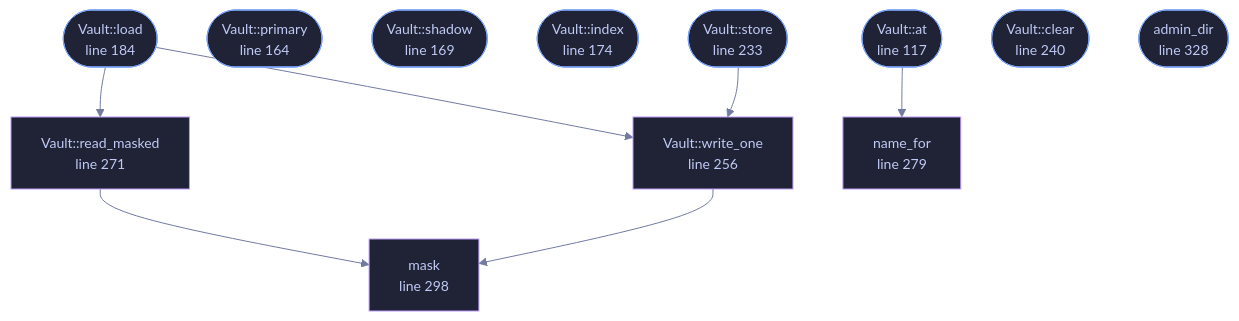
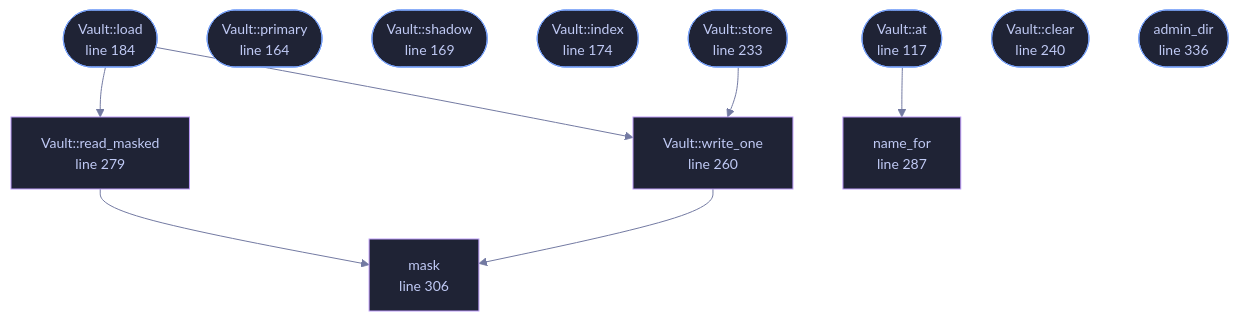
One commit to tilas01/veilvoice changed the diagram in docs/files/veilvoice-crypto/vault.md. Above: the diagram before and after it, drawn with Mermaid. The commit also changed other lines of this file and 528 other files, not shown here.

````diff
--- a/docs/files/veilvoice-crypto/vault.md
+++ b/docs/files/veilvoice-crypto/vault.md
@@ -119,38 +119,38 @@
 ```mermaid
 %%{init: {"theme":"base","themeVariables":{"background":"#1a1b26","primaryColor":"#1f2335","primaryTextColor":"#c0caf5","primaryBorderColor":"#7aa2f7","secondaryColor":"#16161e","tertiaryColor":"#16161e","lineColor":"#737aa2","textColor":"#c0caf5","mainBkg":"#1f2335","nodeBorder":"#7aa2f7","clusterBkg":"#16161e","clusterBorder":"#2f3549","fontFamily":"ui-monospace, SFMono-Regular, Consolas, monospace","fontSize":"14px"}}}%%
 flowchart TD
     n_at(["Vault::at<br/>line 117"])
     n_primary(["Vault::primary<br/>line 164"])
     n_shadow(["Vault::shadow<br/>line 169"])
     n_index(["Vault::index<br/>line 174"])
     n_load(["Vault::load<br/>line 184"])
     n_store(["Vault::store<br/>line 233"])
     n_clear(["Vault::clear<br/>line 240"])
-    n_write_one["Vault::write_one<br/>line 256"]
-    n_read_masked["Vault::read_masked<br/>line 271"]
-    n_name_for["name_for<br/>line 279"]
-    n_mask["mask<br/>line 298"]
-    n_admin_dir(["admin_dir<br/>line 328"])
+    n_write_one["Vault::write_one<br/>line 260"]
+    n_read_masked["Vault::read_masked<br/>line 279"]
+    n_name_for["name_for<br/>line 287"]
+    n_mask["mask<br/>line 306"]
+    n_admin_dir(["admin_dir<br/>line 336"])
     n_at --> n_name_for
     n_load --> n_read_masked
     n_load --> n_write_one
     n_read_masked --> n_mask
     n_store --> n_write_one
     n_write_one --> n_mask
     click n_at href "https://github.com/tilas01/veilvoice/blob/main/crates/veilvoice-crypto/src/vault.rs#L117" "open the source"
     click n_primary href "https://github.com/tilas01/veilvoice/blob/main/crates/veilvoice-crypto/src/vault.rs#L164" "open the source"
     click n_shadow href "https://github.com/tilas01/veilvoice/blob/main/crates/veilvoice-crypto/src/vault.rs#L169" "open the source"
     click n_index href "https://github.com/tilas01/veilvoice/blob/main/crates/veilvoice-crypto/src/vault.rs#L174" "open the source"
     click n_load href "https://github.com/tilas01/veilvoice/blob/main/crates/veilvoice-crypto/src/vault.rs#L184" "open the source"
     click n_store href "https://github.com/tilas01/veilvoice/blob/main/crates/veilvoice-crypto/src/vault.rs#L233" "open the source"
     click n_clear href "https://github.com/tilas01/veilvoice/blob/main/crates/veilvoice-crypto/src/vault.rs#L240" "open the source"
-    click n_write_one href "https://github.com/tilas01/veilvoice/blob/main/crates/veilvoice-crypto/src/vault.rs#L256" "open the source"
-    click n_read_masked href "https://github.com/tilas01/veilvoice/blob/main/crates/veilvoice-crypto/src/vault.rs#L271" "open the source"
-    click n_name_for href "https://github.com/tilas01/veilvoice/blob/main/crates/veilvoice-crypto/src/vault.rs#L279" "open the source"
-    click n_mask href "https://github.com/tilas01/veilvoice/blob/main/crates/veilvoice-crypto/src/vault.rs#L298" "open the source"
-    click n_admin_dir href "https://github.com/tilas01/veilvoice/blob/main/crates/veilvoice-crypto/src/vault.rs#L328" "open the source"
+    click n_write_one href "https://github.com/tilas01/veilvoice/blob/main/crates/veilvoice-crypto/src/vault.rs#L260" "open the source"
+    click n_read_masked href "https://github.com/tilas01/veilvoice/blob/main/crates/veilvoice-crypto/src/vault.rs#L279" "open the source"
+    click n_name_for href "https://github.com/tilas01/veilvoice/blob/main/crates/veilvoice-crypto/src/vault.rs#L287" "open the source"
+    click n_mask href "https://github.com/tilas01/veilvoice/blob/main/crates/veilvoice-crypto/src/vault.rs#L306" "open the source"
+    click n_admin_dir href "https://github.com/tilas01/veilvoice/blob/main/crates/veilvoice-crypto/src/vault.rs#L336" "open the source"
     classDef entry fill:#1f2335,stroke:#7aa2f7,color:#c0caf5
     class n_at,n_primary,n_shadow,n_index,n_load,n_store,n_clear,n_admin_dir entry
     classDef helper fill:#1f2335,stroke:#bb9af7,color:#c0caf5
     class n_write_one,n_read_masked,n_name_for,n_mask helper
 ```
````
